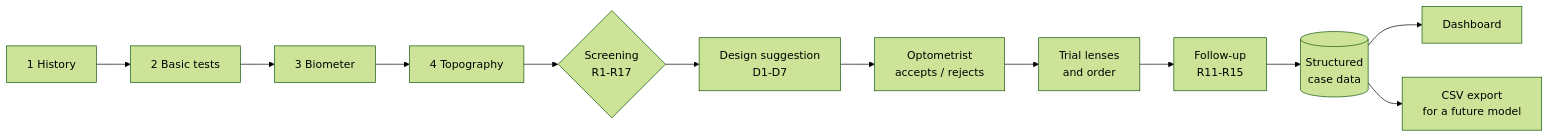
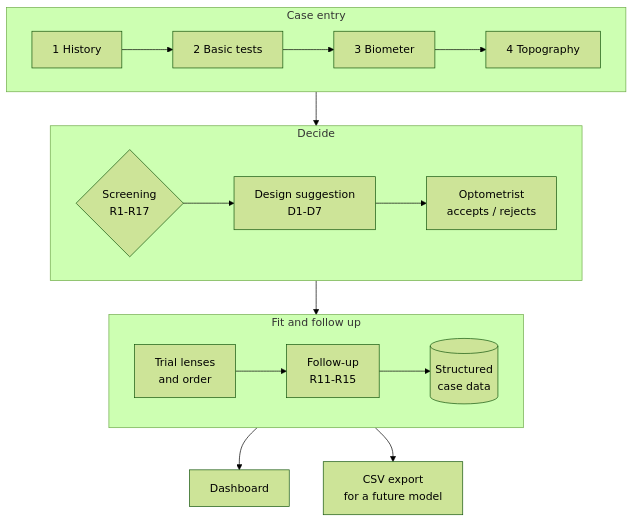
Before and after one commit to WHYNOT-LUO/ortho-k-fitting-assistant: the first of 2 diagrams in README.md, drawn with Mermaid (forest theme). The commit also changed 1 other file, not shown here.

Commit message:
README: split the workflow diagram into three short rows

````diff
--- a/README.md
+++ b/README.md
@@ -67,12 +67,18 @@
 ```mermaid
-flowchart LR
-    H["1 History"] --> B["2 Basic tests"] --> M["3 Biometer"] --> T["4 Topography"]
-    T --> S{"Screening<br/>R1-R17"}
-    S --> D["Design suggestion<br/>D1-D7"]
-    D --> O["Optometrist<br/>accepts / rejects"]
-    O --> L["Trial lenses<br/>and order"]
-    L --> F["Follow-up<br/>R11-R15"]
-    F --> DATA[("Structured<br/>case data")]
+flowchart TB
+    subgraph EXAM["Case entry"]
+        direction LR
+        H["1 History"] --> B["2 Basic tests"] --> M["3 Biometer"] --> T["4 Topography"]
+    end
+    subgraph DECIDE["Decide"]
+        direction LR
+        S{"Screening<br/>R1-R17"} --> D["Design suggestion<br/>D1-D7"] --> O["Optometrist<br/>accepts / rejects"]
+    end
+    subgraph FIT["Fit and follow up"]
+        direction LR
+        L["Trial lenses<br/>and order"] --> F["Follow-up<br/>R11-R15"] --> DATA[("Structured<br/>case data")]
+    end
+    EXAM --> DECIDE --> FIT
     DATA --> DASH["Dashboard"]
     DATA --> CSV["CSV export<br/>for a future model"]
 ```
````
